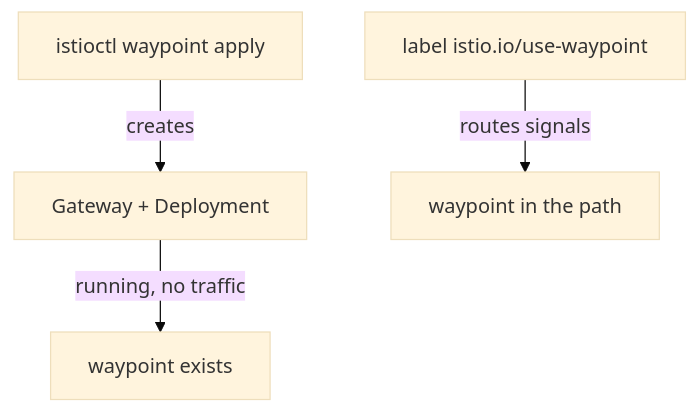
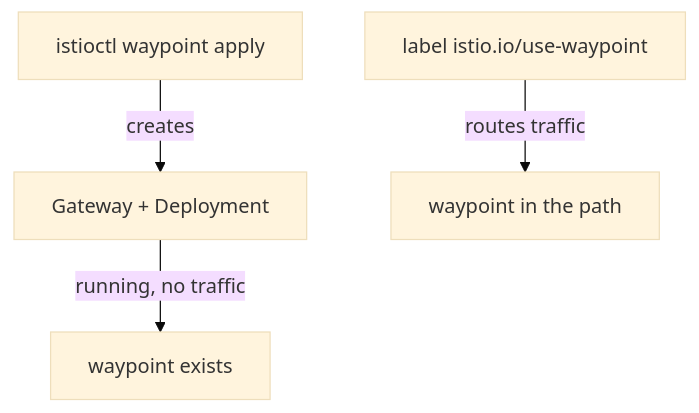
Before and after one commit to astrona-io/ATS015: the first of 2 diagrams in sections/section-060/module-01/course-04-deploy-a-waypoint.md, drawn with Mermaid (base theme). The commit also changed other lines of this file and 27 other files, not shown here.

````diff
--- a/sections/section-060/module-01/course-04-deploy-a-waypoint.md
+++ b/sections/section-060/module-01/course-04-deploy-a-waypoint.md
@@ -11,6 +11,6 @@
 ```mermaid
 flowchart TB
     A["istioctl waypoint apply"] -->|"creates"| G["Gateway + Deployment"]
     G -->|"running, no traffic"| R["waypoint exists"]
-    L["label istio.io/use-waypoint"] -->|"routes signals"| U["waypoint in the path"]
+    L["label istio.io/use-waypoint"] -->|"routes traffic"| U["waypoint in the path"]
 ```
````
